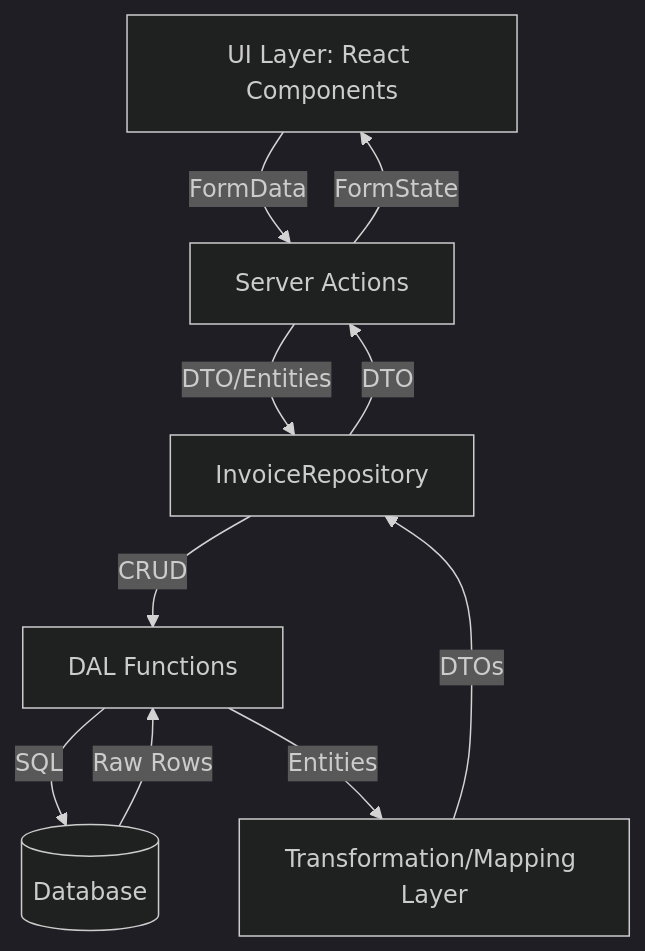
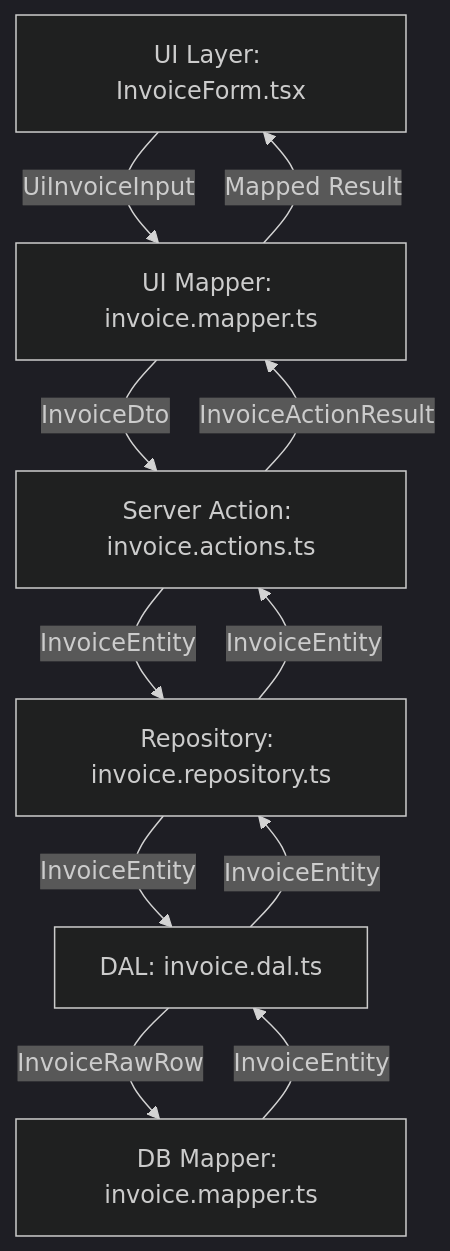
The first of 2 diagrams in src/features/invoices/README.md (andrewpetersondev/nextjs-dashboard), drawn with Mermaid (dark theme) before and after one commit. The commit also changed other lines of this file, not shown here.

Commit message:
docs(readme): unify and enhance invoice feature documentation

````diff
--- a/src/features/invoices/README.md
+++ b/src/features/invoices/README.md
@@ -104,12 +260,13 @@
 ```mermaid
 flowchart TD
-    UI[UI Layer: React Components] -->|FormData| SA[Server Actions]
-    SA -->|DTO/Entities| REPO[InvoiceRepository]
-    REPO -->|CRUD| DAL[DAL Functions]
-    DAL -->|SQL| DB[(Database)]
-    DB -->|Raw Rows| DAL
-    DAL -->|Entities| MAP[Transformation/Mapping Layer]
-    MAP -->|DTOs| REPO
-    REPO -->|DTO| SA
-    SA -->|FormState| UI
+    UI[UI Layer: InvoiceForm.tsx] -->|UiInvoiceInput| UIMapper[UI Mapper: invoice.mapper.ts]
+    UIMapper -->|InvoiceDto| ServerAction[Server Action: invoice.actions.ts]
+    ServerAction -->|InvoiceEntity| Repository[Repository: invoice.repository.ts]
+    Repository -->|InvoiceEntity| DAL[DAL: invoice.dal.ts]
+    DAL -->|InvoiceRawRow| DBMapper[DB Mapper: invoice.mapper.ts]
+    DBMapper -->|InvoiceEntity| DAL
+    DAL -->|InvoiceEntity| Repository
+    Repository -->|InvoiceEntity| ServerAction
+    ServerAction -->|InvoiceActionResult| UIMapper
+    UIMapper -->|Mapped Result| UI
 ```
````
